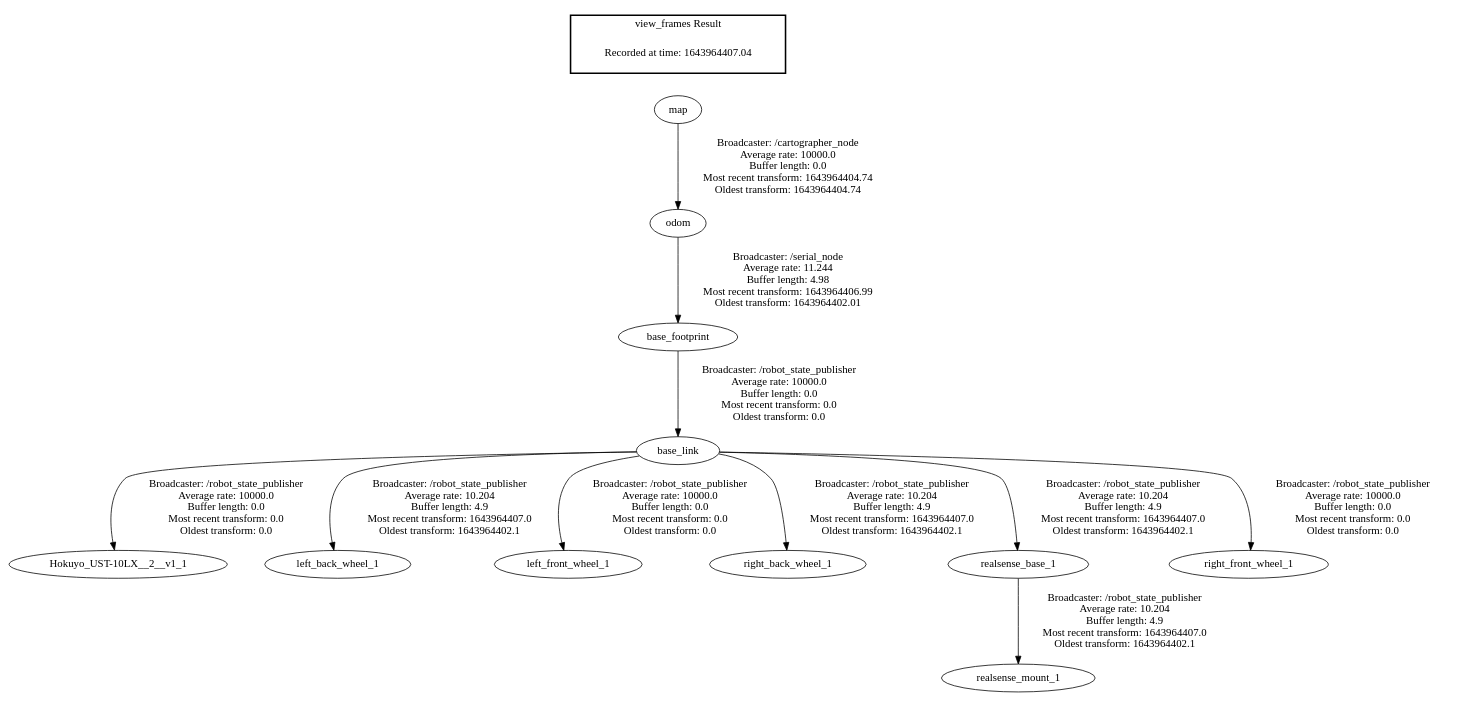
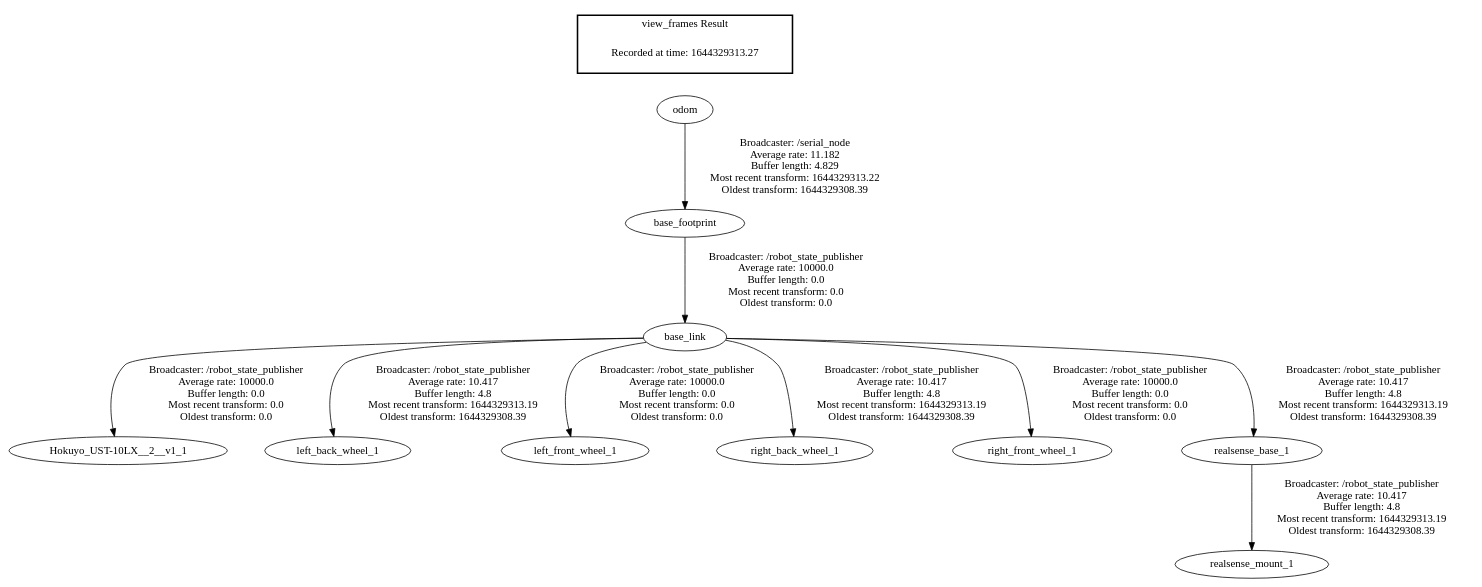
The diagram in non_ws/frames.gv (earthtennison/robocup-navigation), drawn with Graphviz before and after one commit. The commit also changed 59 other files, not shown here.

```diff
--- a/non_ws/frames.gv
+++ b/non_ws/frames.gv
@@ -1,16 +1,15 @@
 digraph G {
 "base_link" -> "Hokuyo_UST-10LX__2__v1_1"[label=" Broadcaster: /robot_state_publisher\nAverage rate: 10000.0\nBuffer length: 0.0\nMost recent transform: 0.0\nOldest transform: 0.0\n"];
-"base_link" -> "left_back_wheel_1"[label=" Broadcaster: /robot_state_publisher\nAverage rate: 10.204\nBuffer length: 4.9\nMost recent transform: 1643964407.0\nOldest transform: 1643964402.1\n"];
+"base_link" -> "left_back_wheel_1"[label=" Broadcaster: /robot_state_publisher\nAverage rate: 10.417\nBuffer length: 4.8\nMost recent transform: 1644329313.19\nOldest transform: 1644329308.39\n"];
 "base_footprint" -> "base_link"[label=" Broadcaster: /robot_state_publisher\nAverage rate: 10000.0\nBuffer length: 0.0\nMost recent transform: 0.0\nOldest transform: 0.0\n"];
 "base_link" -> "left_front_wheel_1"[label=" Broadcaster: /robot_state_publisher\nAverage rate: 10000.0\nBuffer length: 0.0\nMost recent transform: 0.0\nOldest transform: 0.0\n"];
-"odom" -> "base_footprint"[label=" Broadcaster: /serial_node\nAverage rate: 11.244\nBuffer length: 4.98\nMost recent transform: 1643964406.99\nOldest transform: 1643964402.01\n"];
-"base_link" -> "right_back_wheel_1"[label=" Broadcaster: /robot_state_publisher\nAverage rate: 10.204\nBuffer length: 4.9\nMost recent transform: 1643964407.0\nOldest transform: 1643964402.1\n"];
-"map" -> "odom"[label=" Broadcaster: /cartographer_node\nAverage rate: 10000.0\nBuffer length: 0.0\nMost recent transform: 1643964404.74\nOldest transform: 1643964404.74\n"];
-"realsense_base_1" -> "realsense_mount_1"[label=" Broadcaster: /robot_state_publisher\nAverage rate: 10.204\nBuffer length: 4.9\nMost recent transform: 1643964407.0\nOldest transform: 1643964402.1\n"];
-"base_link" -> "realsense_base_1"[label=" Broadcaster: /robot_state_publisher\nAverage rate: 10.204\nBuffer length: 4.9\nMost recent transform: 1643964407.0\nOldest transform: 1643964402.1\n"];
+"odom" -> "base_footprint"[label=" Broadcaster: /serial_node\nAverage rate: 11.182\nBuffer length: 4.829\nMost recent transform: 1644329313.22\nOldest transform: 1644329308.39\n"];
+"base_link" -> "right_back_wheel_1"[label=" Broadcaster: /robot_state_publisher\nAverage rate: 10.417\nBuffer length: 4.8\nMost recent transform: 1644329313.19\nOldest transform: 1644329308.39\n"];
 "base_link" -> "right_front_wheel_1"[label=" Broadcaster: /robot_state_publisher\nAverage rate: 10000.0\nBuffer length: 0.0\nMost recent transform: 0.0\nOldest transform: 0.0\n"];
+"realsense_base_1" -> "realsense_mount_1"[label=" Broadcaster: /robot_state_publisher\nAverage rate: 10.417\nBuffer length: 4.8\nMost recent transform: 1644329313.19\nOldest transform: 1644329308.39\n"];
+"base_link" -> "realsense_base_1"[label=" Broadcaster: /robot_state_publisher\nAverage rate: 10.417\nBuffer length: 4.8\nMost recent transform: 1644329313.19\nOldest transform: 1644329308.39\n"];
 edge [style=invis];
  subgraph cluster_legend { style=bold; color=black; label ="view_frames Result";
-"Recorded at time: 1643964407.04"[ shape=plaintext ] ;
-}->"map";
+"Recorded at time: 1644329313.27"[ shape=plaintext ] ;
+}->"odom";
 }
```
